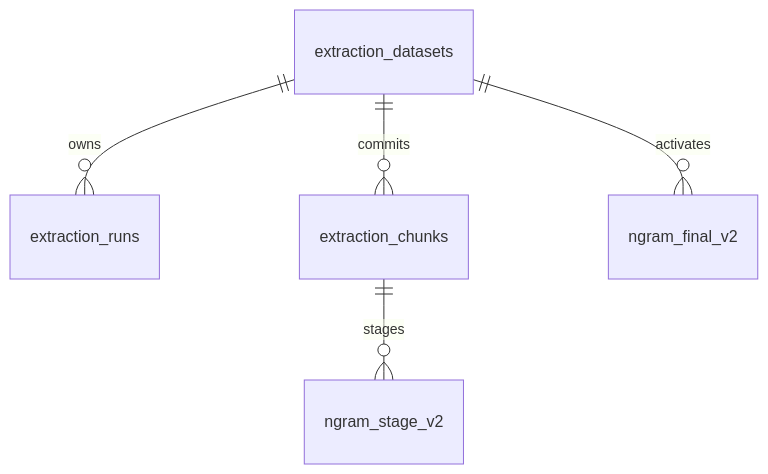
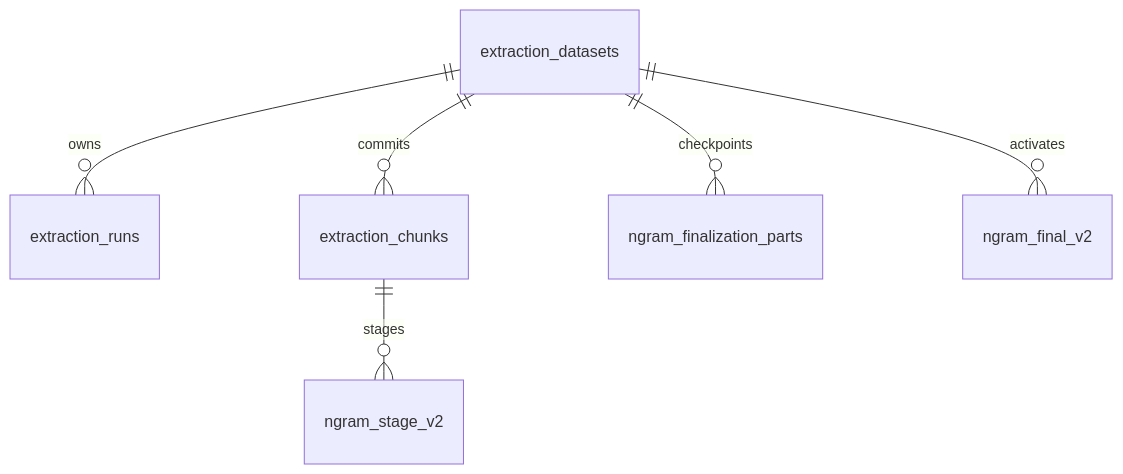
Before and after one commit to CristoJV/semordnilap: the second of 2 diagrams in docs/technical/README.md, drawn with Mermaid. The commit also changed other lines of this file and 29 other files, not shown here.

````diff
--- a/docs/technical/README.md
+++ b/docs/technical/README.md
@@ -70,7 +73,8 @@
 ```mermaid
 erDiagram
     extraction_datasets ||--o{ extraction_runs : owns
     extraction_datasets ||--o{ extraction_chunks : commits
     extraction_chunks ||--o{ ngram_stage_v2 : stages
+    extraction_datasets ||--o{ ngram_finalization_parts : checkpoints
     extraction_datasets ||--o{ ngram_final_v2 : activates
 ```
````
